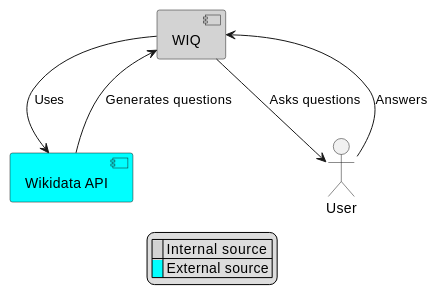
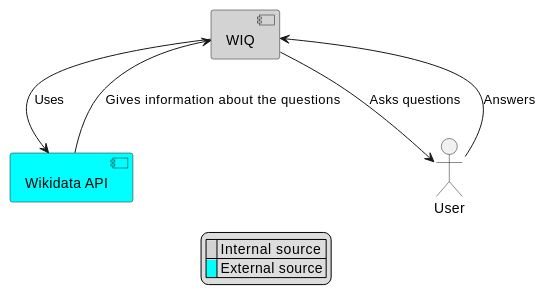
Before and after one commit to Arquisoft/wiq_es1c: the first of 2 diagrams in docs/src/03_system_scope_and_context.adoc, drawn with PlantUML. The commit also changed 1 other file, not shown here.

Commit message:
minor updates
Changed relation in 3.1 diagram

```diff
--- a/docs/src/03_system_scope_and_context.adoc
+++ b/docs/src/03_system_scope_and_context.adoc
@@ -8,15 +8,15 @@
 [plantuml,"businesscontext",png]
 ----
 component "WIQ" as wiq #LightGray
 component "Wikidata API" as data #Cyan
 [wiq] --> [data]: Uses
-[data] --> [wiq]: Generates questions
+[data] --> [wiq]: Gives information about the questions
 :User: --> [wiq]: Answers
 wiq --> User: Asks questions
 
 
 legend
  |<back:#LightGray>   </back>| Internal source |
  |<back:#Cyan>   </back>| External source |
  endlegend
 ----
```
